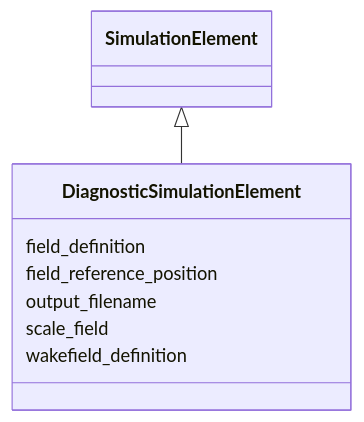
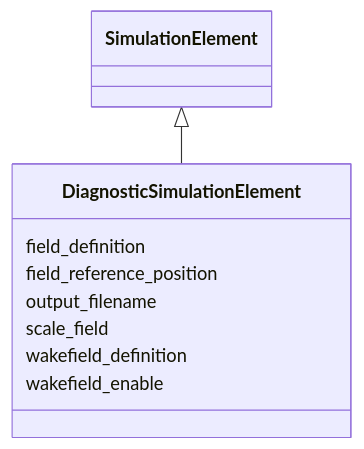
One commit to astec-stfc/laura changed the diagram in docs/source/schema/DiagnosticSimulationElement.md. Above: the diagram before and after it, drawn with Mermaid. The commit also changed other lines of this file and 47 other files, not shown here.

First line of the commit message:
Make functional parameters a schema concept; complete PR #4 merge

````diff
--- a/docs/source/schema/DiagnosticSimulationElement.md
+++ b/docs/source/schema/DiagnosticSimulationElement.md
@@ -23,19 +23,21 @@
 ```mermaid
  classDiagram
     class DiagnosticSimulationElement
     click DiagnosticSimulationElement href "../DiagnosticSimulationElement/"
       SimulationElement <|-- DiagnosticSimulationElement
         click SimulationElement href "../SimulationElement/"
       
       DiagnosticSimulationElement : field_definition
         
       DiagnosticSimulationElement : field_reference_position
         
       DiagnosticSimulationElement : output_filename
         
       DiagnosticSimulationElement : scale_field
         
       DiagnosticSimulationElement : wakefield_definition
         
+      DiagnosticSimulationElement : wakefield_enable
+        
       
 ```
````
